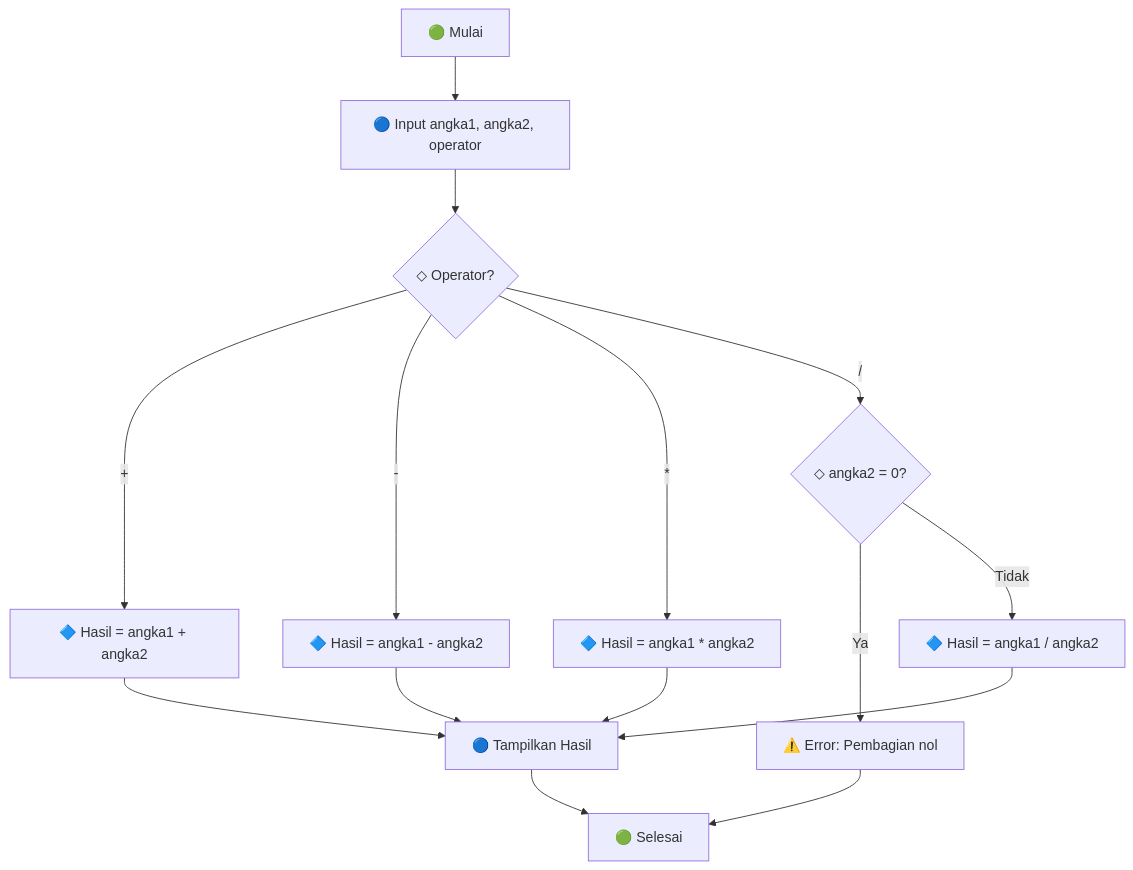
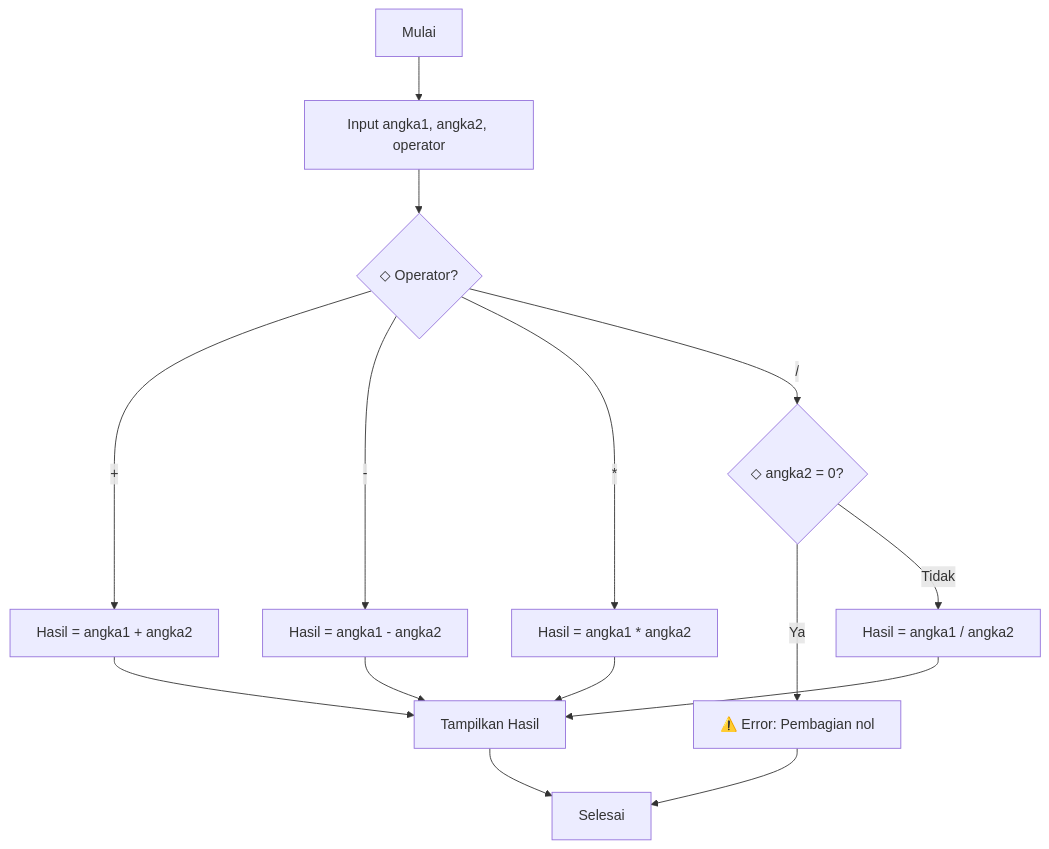
Before and after one commit to Elka1106/Kartika: the seventh of 7 diagrams in Semester 1 2025/10 RPL D.Kej 2/08. flowchart.md, drawn with Mermaid. The commit also changed other lines of this file, not shown here.

Commit message:
Update 08. flowchart.md

````diff
--- a/Semester 1 2025/10 RPL D.Kej 2/08. flowchart.md
+++ b/Semester 1 2025/10 RPL D.Kej 2/08. flowchart.md
@@ -157,17 +157,17 @@
 ```mermaid
 graph TD
-    A[🟢 Mulai] --> B[🔵 Input angka1, angka2, operator]
+    A[ Mulai] --> B[ Input angka1, angka2, operator]
     B --> C{◇ Operator?}
-    C -->|+| D[🔷 Hasil = angka1 + angka2]
-    C -->|-| E[🔷 Hasil = angka1 - angka2]
-    C -->|*| F[🔷 Hasil = angka1 * angka2]
+    C -->|+| D[ Hasil = angka1 + angka2]
+    C -->|-| E[ Hasil = angka1 - angka2]
+    C -->|*| F[ Hasil = angka1 * angka2]
     C -->|/| G{◇ angka2 = 0?}
     G -->|Ya| H[⚠️ Error: Pembagian nol]
-    G -->|Tidak| I[🔷 Hasil = angka1 / angka2]
-    D --> J[🔵 Tampilkan Hasil]
+    G -->|Tidak| I[ Hasil = angka1 / angka2]
+    D --> J[ Tampilkan Hasil]
     E --> J
     F --> J
     I --> J
-    H --> K[🟢 Selesai]
+    H --> K[ Selesai]
     J --> K
 ```
````
